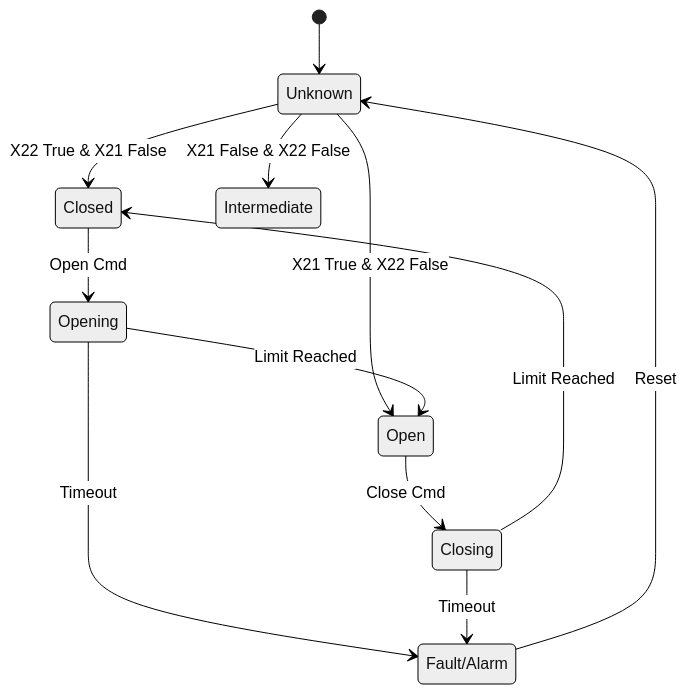
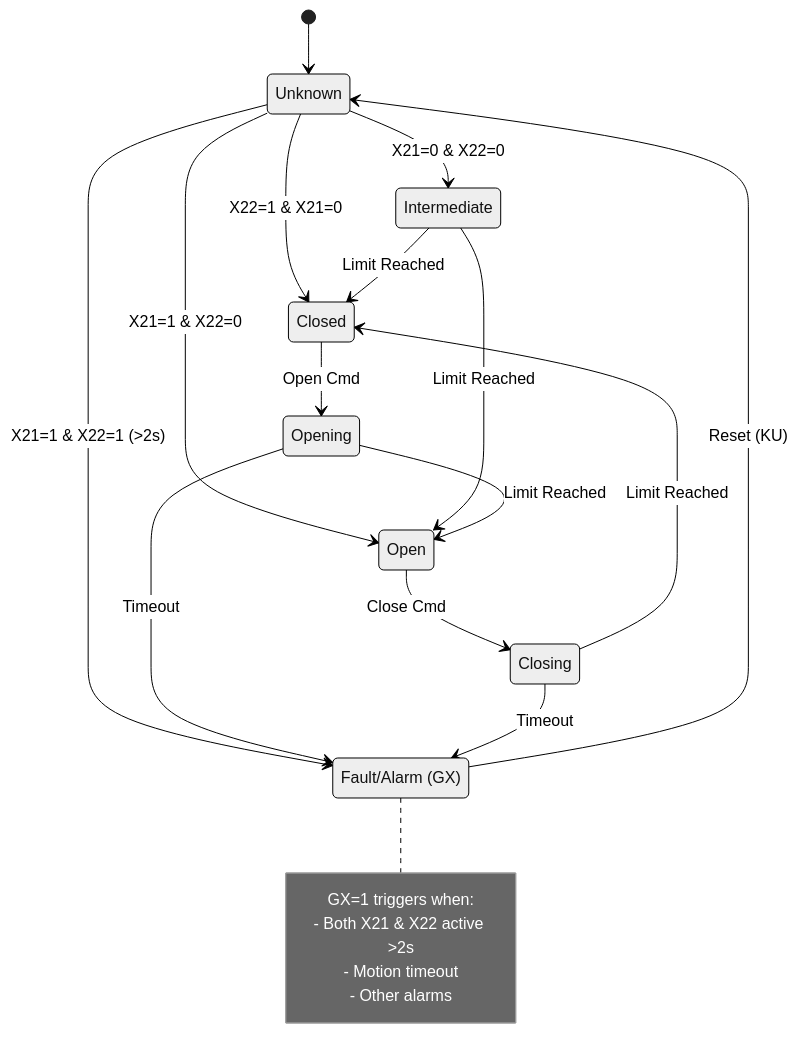
One commit to astravital/VOS_KARGALY changed the diagram in docs/en/FB_MOV01.md. Above: the diagram before and after it, drawn with Mermaid (neutral theme). The commit also changed other lines of this file and 1 other file, not shown here.

Commit message:
Correct limit switch fault detection logic in FB_MOV01 documentation

````diff
--- a/docs/en/FB_MOV01.md
+++ b/docs/en/FB_MOV01.md
@@ -86,18 +99,29 @@
 ```mermaid
 stateDiagram-v2
     [*] --> Unknown
-    Unknown --> Closed: X22 True & X21 False
-    Unknown --> Open: X21 True & X22 False
-    Unknown --> Intermediate: X21 False & X22 False
+    Unknown --> Closed: X22=1 & X21=0
+    Unknown --> Open: X21=1 & X22=0
+    Unknown --> Intermediate: X21=0 & X22=0
+    Unknown --> Fault: X21=1 & X22=1 (>2s)
+
+    Intermediate --> Open: Limit Reached
+    Intermediate --> Closed: Limit Reached
 
     Closed --> Opening: Open Cmd
     Opening --> Open: Limit Reached
     Opening --> Fault: Timeout
 
     Open --> Closing: Close Cmd
     Closing --> Closed: Limit Reached
     Closing --> Fault: Timeout
 
-    state "Fault/Alarm" as Fault
-    Fault --> Unknown: Reset
+    state "Fault/Alarm (GX)" as Fault
+    Fault --> Unknown: Reset (KU)
+    
+    note right of Fault
+        GX=1 triggers when:
+        - Both X21 & X22 active >2s
+        - Motion timeout
+        - Other alarms
+    end note
 ```
````
